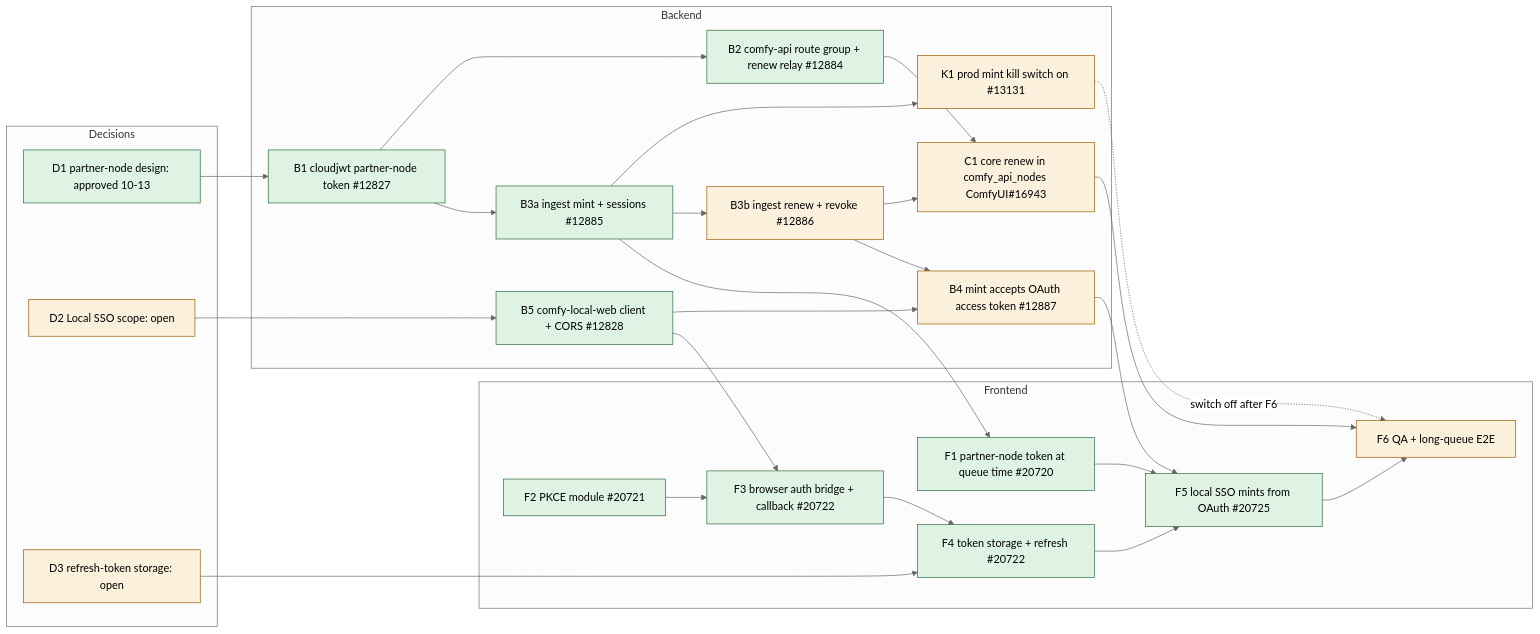
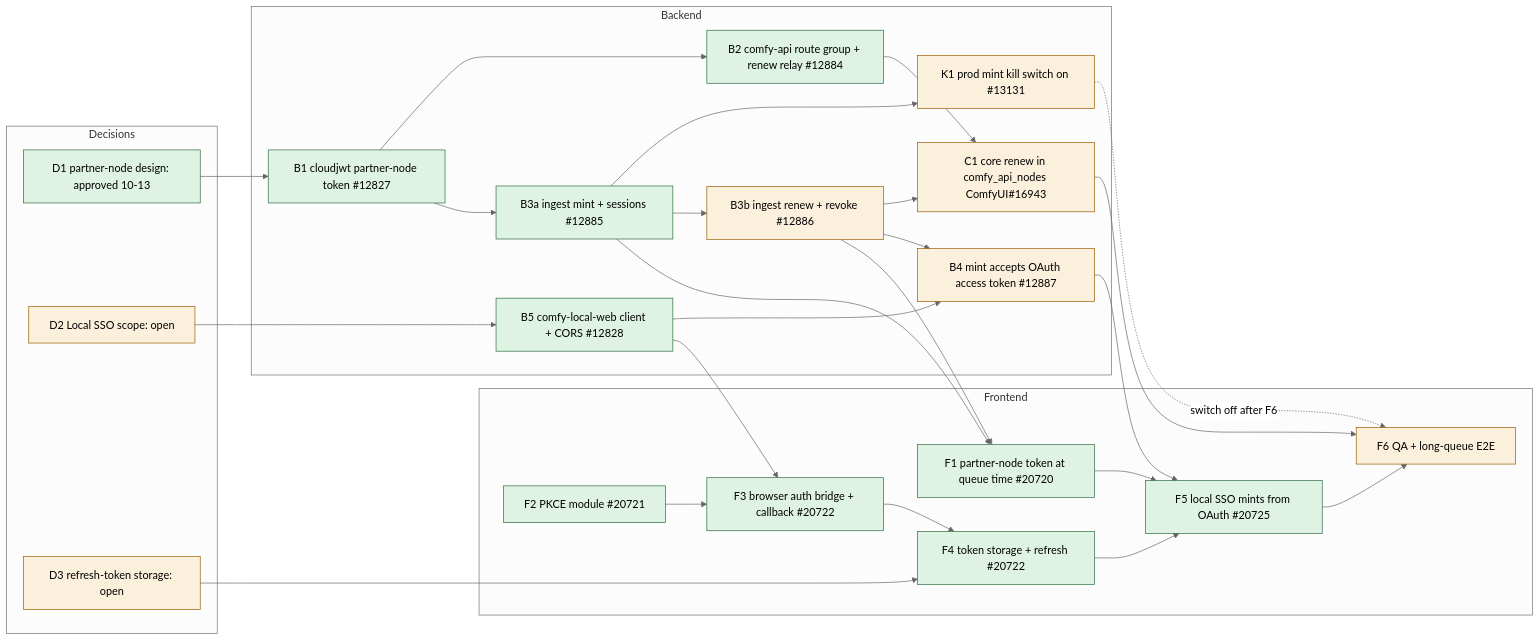
One commit to Comfy-Org/ComfyUI_frontend changed the diagram in docs/tdd/2026-10-local-comfyui-sso-sign-in.md. Above: the diagram before and after it, drawn with Mermaid (neutral theme). The commit also changed other lines of this file, not shown here.

````diff
--- a/docs/tdd/2026-10-local-comfyui-sso-sign-in.md
+++ b/docs/tdd/2026-10-local-comfyui-sso-sign-in.md
@@ -60,51 +60,52 @@
 ```mermaid
 flowchart LR
   subgraph Decisions
     D1["D1 partner-node design: approved 10-13"]
     D2["D2 Local SSO scope: open"]
     D3["D3 refresh-token storage: open"]
   end
   subgraph Backend
     B1["B1 cloudjwt partner-node token #12827"]
     B2["B2 comfy-api route group + renew relay #12884"]
     B3a["B3a ingest mint + sessions #12885"]
     K1["K1 prod mint kill switch on #13131"]
     B3b["B3b ingest renew + revoke #12886"]
     B4["B4 mint accepts OAuth access token #12887"]
     B5["B5 comfy-local-web client + CORS #12828"]
     C1["C1 core renew in comfy_api_nodes ComfyUI#16943"]
   end
   subgraph Frontend
     F1["F1 partner-node token at queue time #20720"]
     F2["F2 PKCE module #20721"]
     F3["F3 browser auth bridge + callback #20722"]
     F4["F4 token storage + refresh #20722"]
     F5["F5 local SSO mints from OAuth #20725"]
     F6["F6 QA + long-queue E2E"]
   end
   D1 --> B1
   B1 --> B2
   B1 --> B3a
   B3a --> K1
   B3a --> B3b
   B2 --> C1
   B3b --> C1
   B3b --> B4
   D2 --> B5
   B5 --> B4
   B3a --> F1
+  B3b --> F1
   F2 --> F3
   B5 --> F3
   F3 --> F4
   D3 --> F4
   F1 --> F5
   F4 --> F5
   B4 --> F5
   C1 --> F6
   F5 --> F6
   K1 -. "switch off after F6" .-> F6
   classDef done fill:#dff3e4,stroke:#2d6a3e
   classDef open fill:#fbf0dc,stroke:#9a5b00
   class D1,B1,B2,B3a,B5,F1,F2,F3,F4,F5 done
   class D2,D3,K1,B3b,B4,C1,F6 open
 ```
````
